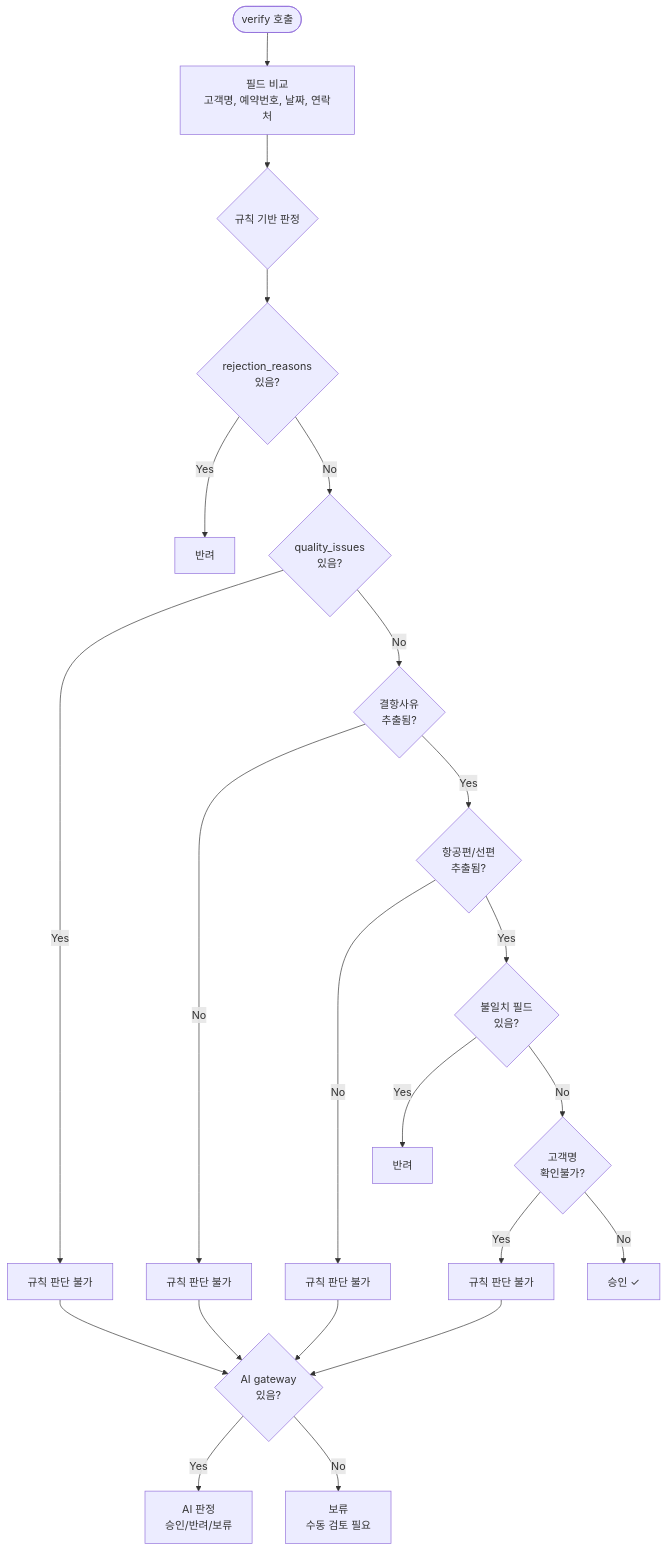
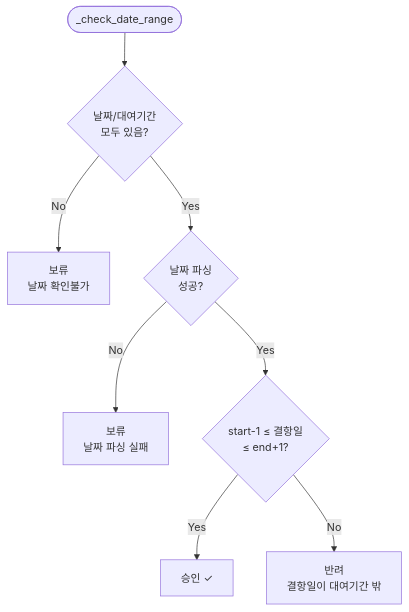
One commit to min1336/ai-slackapp changed the third of 3 diagrams in cancellation-design.md. Above: the diagram before and after it, drawn with Mermaid. The commit also changed other lines of this file and 8 other files, not shown here.

````diff
--- a/cancellation-design.md
+++ b/cancellation-design.md
@@ -676,32 +600,11 @@
 ```mermaid
 flowchart TD
-    Start([verify 호출]) --> CompareFields[필드 비교<br/>고객명, 예약번호, 날짜, 연락처]
-    CompareFields --> RuleCheck{규칙 기반 판정}
+    Start([_check_date_range]) --> HasDate{날짜/대여기간<br/>모두 있음?}
 
-    RuleCheck --> Rejection1{rejection_reasons<br/>있음?}
-    Rejection1 -->|Yes| Reject1[반려]
-    Rejection1 -->|No| Quality{quality_issues<br/>있음?}
-
-    Quality -->|Yes| Inconclusive1[규칙 판단 불가]
-    Quality -->|No| Reason{결항사유<br/>추출됨?}
-
-    Reason -->|No| Inconclusive2[규칙 판단 불가]
-    Reason -->|Yes| Flight{항공편/선편<br/>추출됨?}
-
-    Flight -->|No| Inconclusive3[규칙 판단 불가]
-    Flight -->|Yes| Mismatch{불일치 필드<br/>있음?}
-
-    Mismatch -->|Yes| Reject2[반려]
-    Mismatch -->|No| NameCheck{고객명<br/>확인불가?}
-
-    NameCheck -->|Yes| Inconclusive4[규칙 판단 불가]
-    NameCheck -->|No| Approve[승인 ✓]
-
-    Inconclusive1 --> AICheck{AI gateway<br/>있음?}
-    Inconclusive2 --> AICheck
-    Inconclusive3 --> AICheck
-    Inconclusive4 --> AICheck
-
-    AICheck -->|Yes| AIVerdict[AI 판정<br/>승인/반려/보류]
-    AICheck -->|No| Hold[보류<br/>수동 검토 필요]
+    HasDate -->|No| Hold1[보류<br/>날짜 확인불가]
+    HasDate -->|Yes| Parse{날짜 파싱<br/>성공?}
+    Parse -->|No| Hold2[보류<br/>날짜 파싱 실패]
+    Parse -->|Yes| InRange{start-1 ≤ 결항일<br/>≤ end+1?}
+    InRange -->|Yes| Approve[승인 ✓]
+    InRange -->|No| Reject[반려<br/>결항일이 대여기간 밖]
 ```
````
